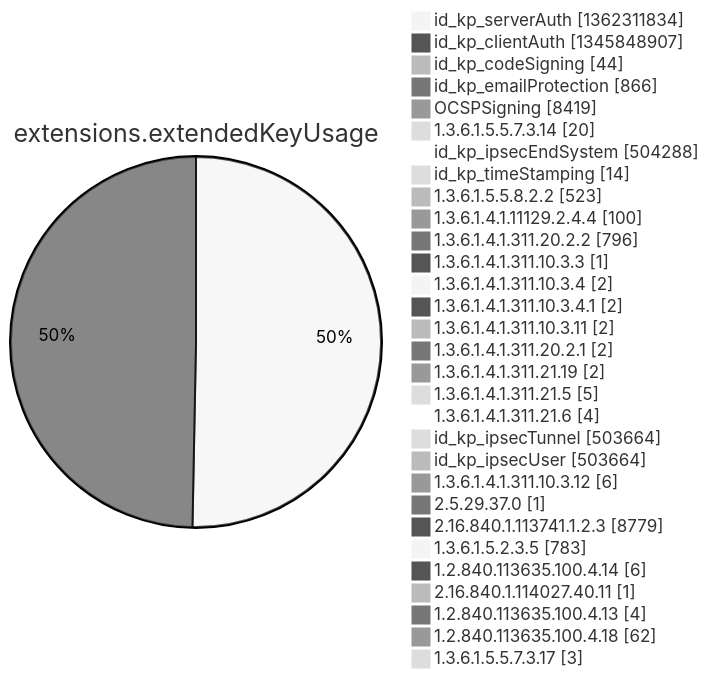
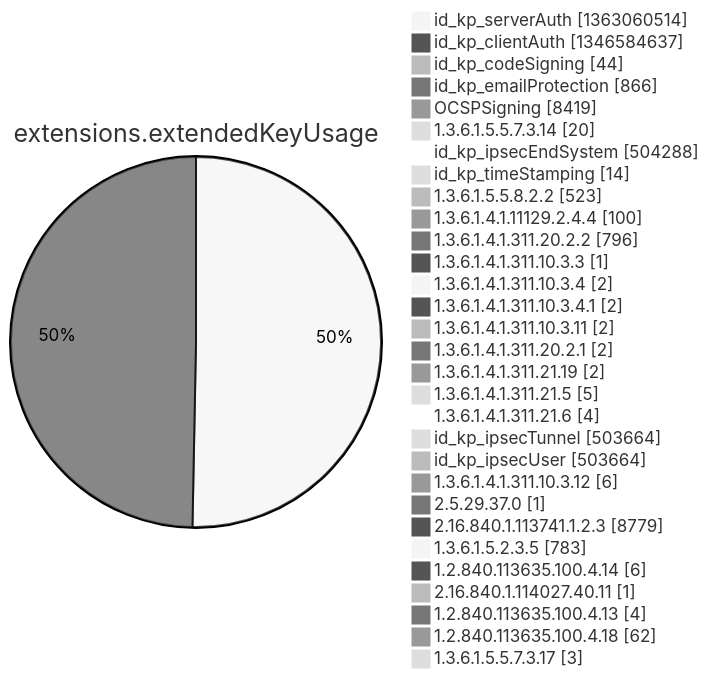
One commit to christiankrug/ctmonitor_visualization changed diagram 12 of 15 in argon2022/README.md. Above: the diagram before and after it, drawn with Mermaid (neutral theme). The commit also changed other lines of this file, not shown here.

````diff
--- a/argon2022/README.md
+++ b/argon2022/README.md
@@ -3553,34 +3553,34 @@
 ```mermaid
 pie showData
 title extensions.extendedKeyUsage
-"id_kp_serverAuth" :1362311834
-"id_kp_clientAuth" :1345848907
+"id_kp_serverAuth" :1363060514
+"id_kp_clientAuth" :1346584637
 "id_kp_codeSigning" :44
 "id_kp_emailProtection" :866
 "OCSPSigning" :8419
 "1.3.6.1.5.5.7.3.14" :20
 "id_kp_ipsecEndSystem" :504288
 "id_kp_timeStamping" :14
 "1.3.6.1.5.5.8.2.2" :523
 "1.3.6.1.4.1.11129.2.4.4" :100
 "1.3.6.1.4.1.311.20.2.2" :796
 "1.3.6.1.4.1.311.10.3.3" :1
 "1.3.6.1.4.1.311.10.3.4" :2
 "1.3.6.1.4.1.311.10.3.4.1" :2
 "1.3.6.1.4.1.311.10.3.11" :2
 "1.3.6.1.4.1.311.20.2.1" :2
 "1.3.6.1.4.1.311.21.19" :2
 "1.3.6.1.4.1.311.21.5" :5
 "1.3.6.1.4.1.311.21.6" :4
 "id_kp_ipsecTunnel" :503664
 "id_kp_ipsecUser" :503664
 "1.3.6.1.4.1.311.10.3.12" :6
 "2.5.29.37.0" :1
 "2.16.840.1.113741.1.2.3" :8779
 "1.3.6.1.5.2.3.5" :783
 "1.2.840.113635.100.4.14" :6
 "2.16.840.1.114027.40.11" :1
 "1.2.840.113635.100.4.13" :4
 "1.2.840.113635.100.4.18" :62
 "1.3.6.1.5.5.7.3.17" :3
 ```
````
